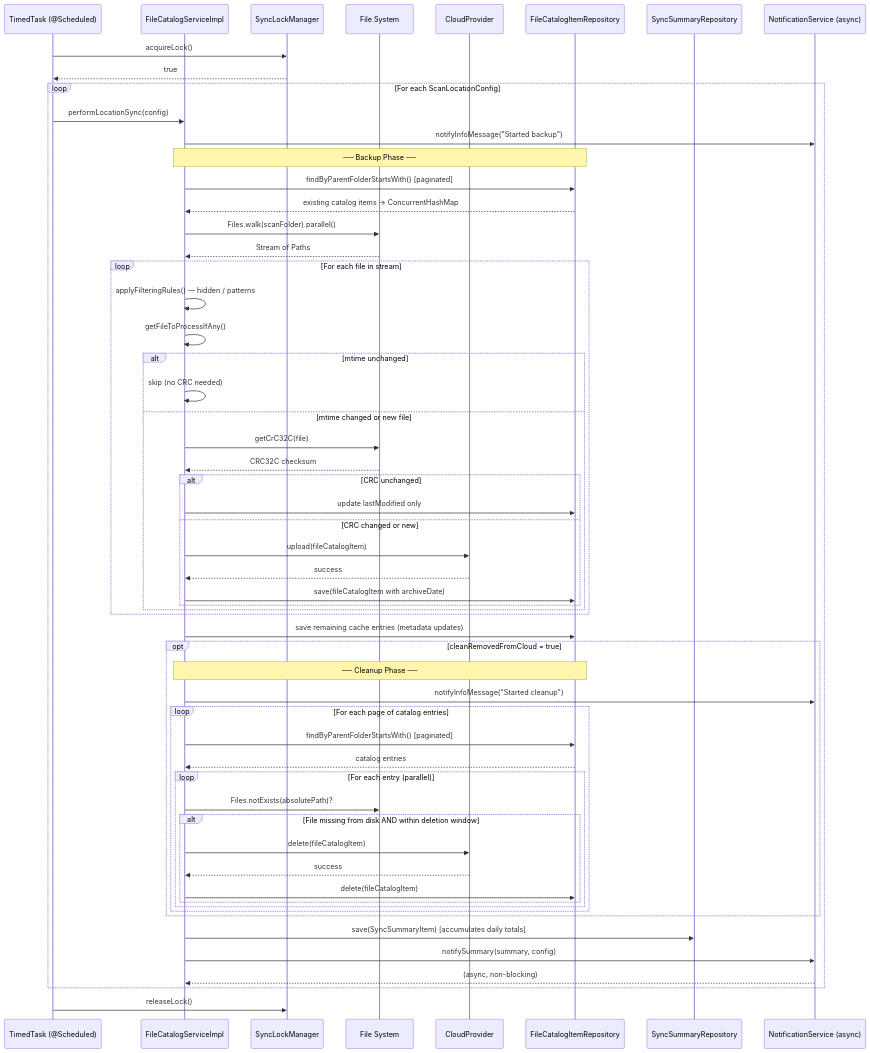
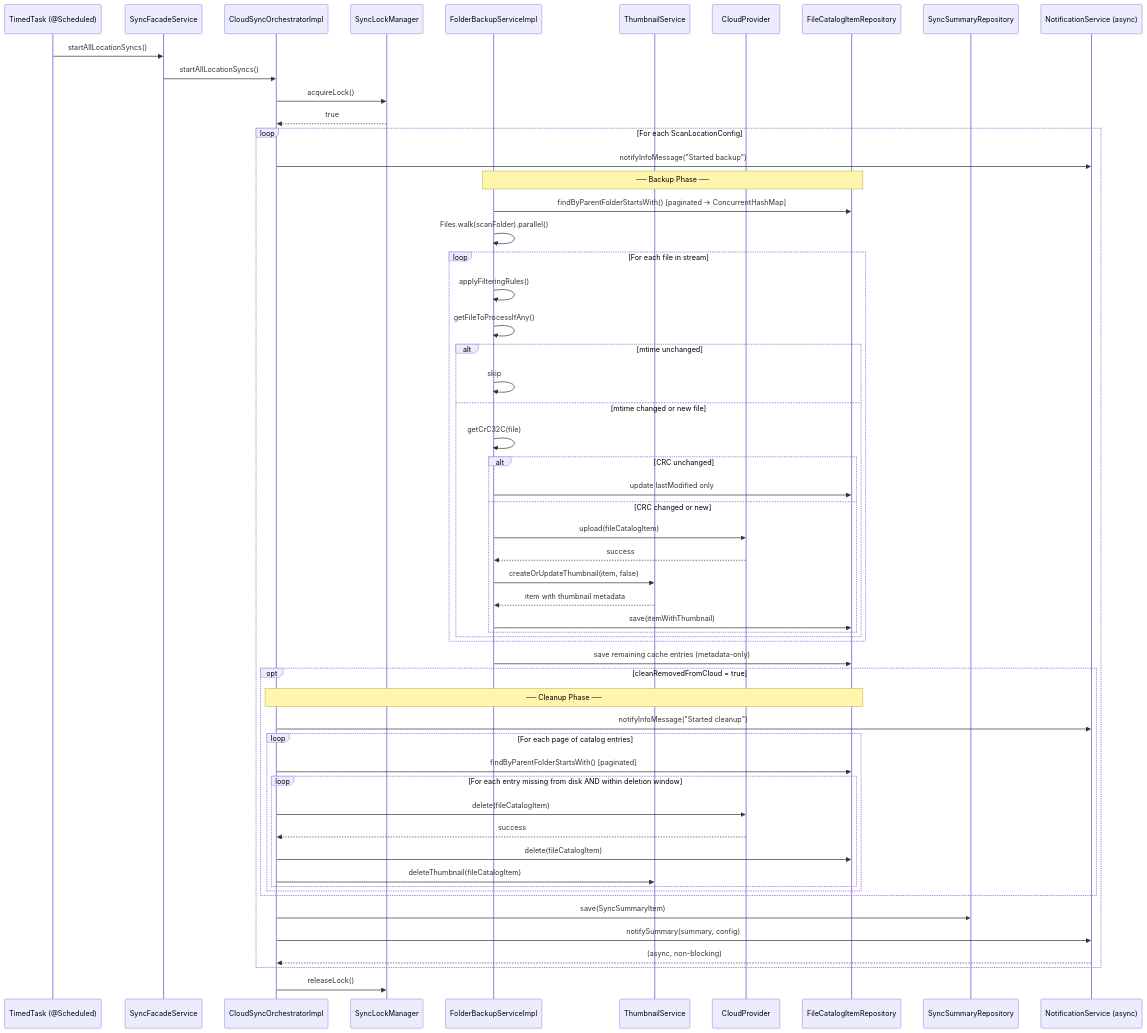
The fifth of 6 diagrams in docs/sync-workflow.md (ringuerel/cloud-archiver), drawn with Mermaid before and after one commit. The commit also changed other lines of this file and 32 other files, not shown here.

````diff
--- a/docs/sync-workflow.md
+++ b/docs/sync-workflow.md
@@ -146,68 +151,67 @@
 ```mermaid
 sequenceDiagram
     participant Scheduler as TimedTask (@Scheduled)
-    participant Service as FileCatalogServiceImpl
+    participant Facade as SyncFacadeService
+    participant Orchestrator as CloudSyncOrchestratorImpl
     participant Lock as SyncLockManager
-    participant FS as File System
+    participant Backup as FolderBackupServiceImpl
+    participant Thumbnail as ThumbnailService
     participant Cloud as CloudProvider
     participant DB as FileCatalogItemRepository
     participant SummaryDB as SyncSummaryRepository
     participant Notifier as NotificationService (async)
 
-    Scheduler->>Lock: acquireLock()
-    Lock-->>Scheduler: true
+    Scheduler->>Facade: startAllLocationSyncs()
+    Facade->>Orchestrator: startAllLocationSyncs()
+    Orchestrator->>Lock: acquireLock()
+    Lock-->>Orchestrator: true
 
     loop For each ScanLocationConfig
-        Scheduler->>Service: performLocationSync(config)
-        Service->>Notifier: notifyInfoMessage("Started backup")
+        Orchestrator->>Notifier: notifyInfoMessage("Started backup")
 
-        Note over Service,DB: ── Backup Phase ──
-        Service->>DB: findByParentFolderStartsWith() [paginated]
-        DB-->>Service: existing catalog items → ConcurrentHashMap
+        Note over Backup,DB: ── Backup Phase ──
+        Backup->>DB: findByParentFolderStartsWith() [paginated → ConcurrentHashMap]
 
-        Service->>FS: Files.walk(scanFolder).parallel()
-        FS-->>Service: Stream of Paths
+        Backup->>Backup: Files.walk(scanFolder).parallel()
 
         loop For each file in stream
-            Service->>Service: applyFilteringRules() — hidden / patterns
-            Service->>Service: getFileToProcessIfAny()
+            Backup->>Backup: applyFilteringRules()
+            Backup->>Backup: getFileToProcessIfAny()
             alt mtime unchanged
-                Service->>Service: skip (no CRC needed)
+                Backup->>Backup: skip
             else mtime changed or new file
-                Service->>FS: getCrC32C(file)
-                FS-->>Service: CRC32C checksum
+                Backup->>Backup: getCrC32C(file)
                 alt CRC unchanged
-                    Service->>DB: update lastModified only
+                    Backup->>DB: update lastModified only
                 else CRC changed or new
-                    Service->>Cloud: upload(fileCatalogItem)
-                    Cloud-->>Service: success
-                    Service->>DB: save(fileCatalogItem with archiveDate)
+                    Backup->>Cloud: upload(fileCatalogItem)
+                    Cloud-->>Backup: success
+                    Backup->>Thumbnail: createOrUpdateThumbnail(item, false)
+                    Thumbnail-->>Backup: item with thumbnail metadata
+                    Backup->>DB: save(itemWithThumbnail)
                 end
             end
         end
-        Service->>DB: save remaining cache entries (metadata updates)
+        Backup->>DB: save remaining cache entries (metadata-only)
 
         opt cleanRemovedFromCloud = true
-            Note over Service,DB: ── Cleanup Phase ──
-            Service->>Notifier: notifyInfoMessage("Started cleanup")
+            Note over Orchestrator,DB: ── Cleanup Phase ──
+            Orchestrator->>Notifier: notifyInfoMessage("Started cleanup")
             loop For each page of catalog entries
-                Service->>DB: findByParentFolderStartsWith() [paginated]
-                DB-->>Service: catalog entries
-                loop For each entry (parallel)
-                    Service->>FS: Files.notExists(absolutePath)?
-                    alt File missing from disk AND within deletion window
-                        Service->>Cloud: delete(fileCatalogItem)
-                        Cloud-->>Service: success
-                        Service->>DB: delete(fileCatalogItem)
-                    end
+                Orchestrator->>DB: findByParentFolderStartsWith() [paginated]
+                loop For each entry missing from disk AND within deletion window
+                    Orchestrator->>Cloud: delete(fileCatalogItem)
+                    Cloud-->>Orchestrator: success
+                    Orchestrator->>DB: delete(fileCatalogItem)
+                    Orchestrator->>Thumbnail: deleteThumbnail(fileCatalogItem)
                 end
             end
         end
 
-        Service->>SummaryDB: save(SyncSummaryItem) [accumulates daily totals]
-        Service->>Notifier: notifySummary(summary, config)
-        Notifier-->>Service: (async, non-blocking)
+        Orchestrator->>SummaryDB: save(SyncSummaryItem)
+        Orchestrator->>Notifier: notifySummary(summary, config)
+        Notifier-->>Orchestrator: (async, non-blocking)
     end
 
-    Scheduler->>Lock: releaseLock()
+    Orchestrator->>Lock: releaseLock()
 ```
````
